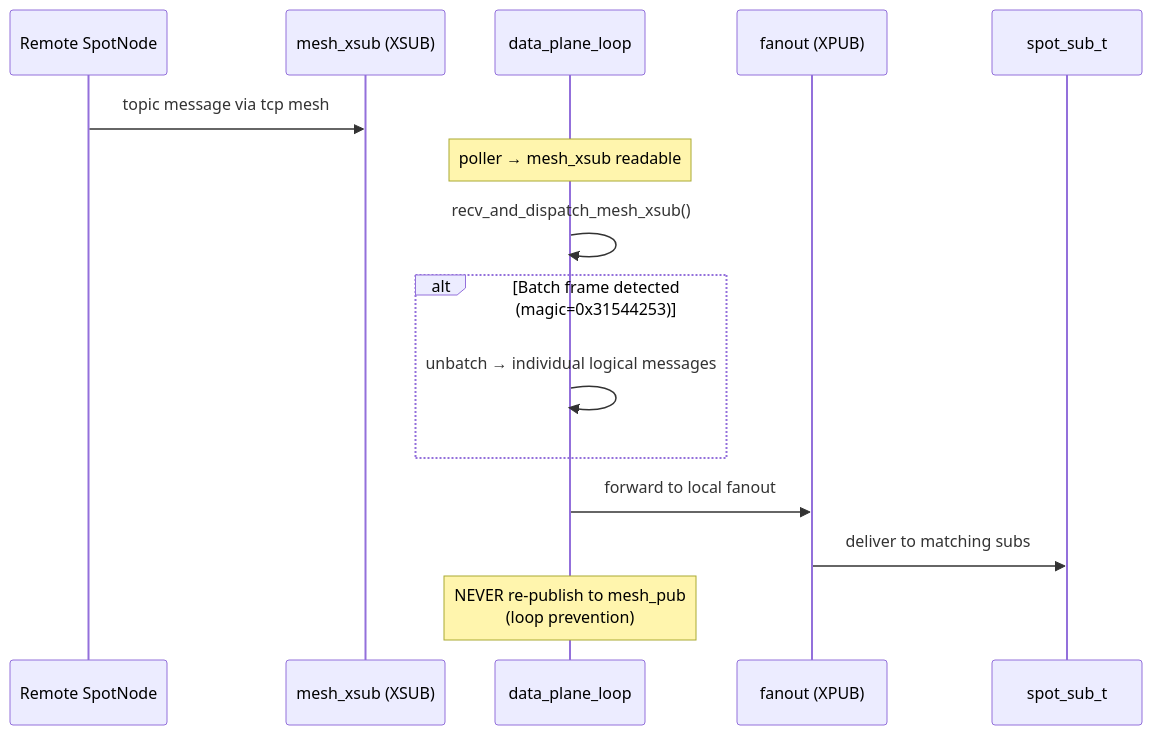
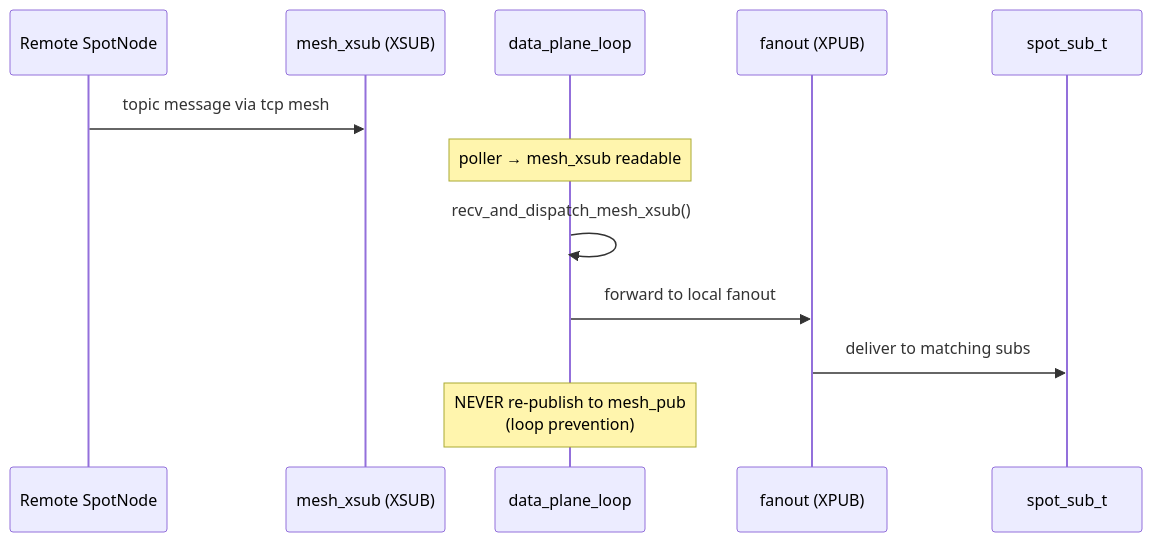
Before and after one commit to kairos-code-dev/zlink: the seventh of 14 diagrams in doc/internals/spot-internals.md, drawn with Mermaid. The commit also changed other lines of this file and 624 other files, not shown here.

````diff
--- a/doc/internals/spot-internals.md
+++ b/doc/internals/spot-internals.md
@@ -215,18 +209,15 @@
 ```mermaid
 sequenceDiagram
     participant Remote as Remote SpotNode
     participant MeshXSub as mesh_xsub (XSUB)
     participant DP as data_plane_loop
     participant Fanout as fanout (XPUB)
     participant Sub as spot_sub_t
 
     Remote->>MeshXSub: topic message via tcp mesh
     Note over DP: poller → mesh_xsub readable
     DP->>DP: recv_and_dispatch_mesh_xsub()
-    alt Batch frame detected (magic=0x31544253)
-        DP->>DP: unbatch → individual logical messages
-    end
     DP->>Fanout: forward to local fanout
     Fanout->>Sub: deliver to matching subs
     Note over DP: NEVER re-publish to mesh_pub<br/>(loop prevention)
 ```
````
